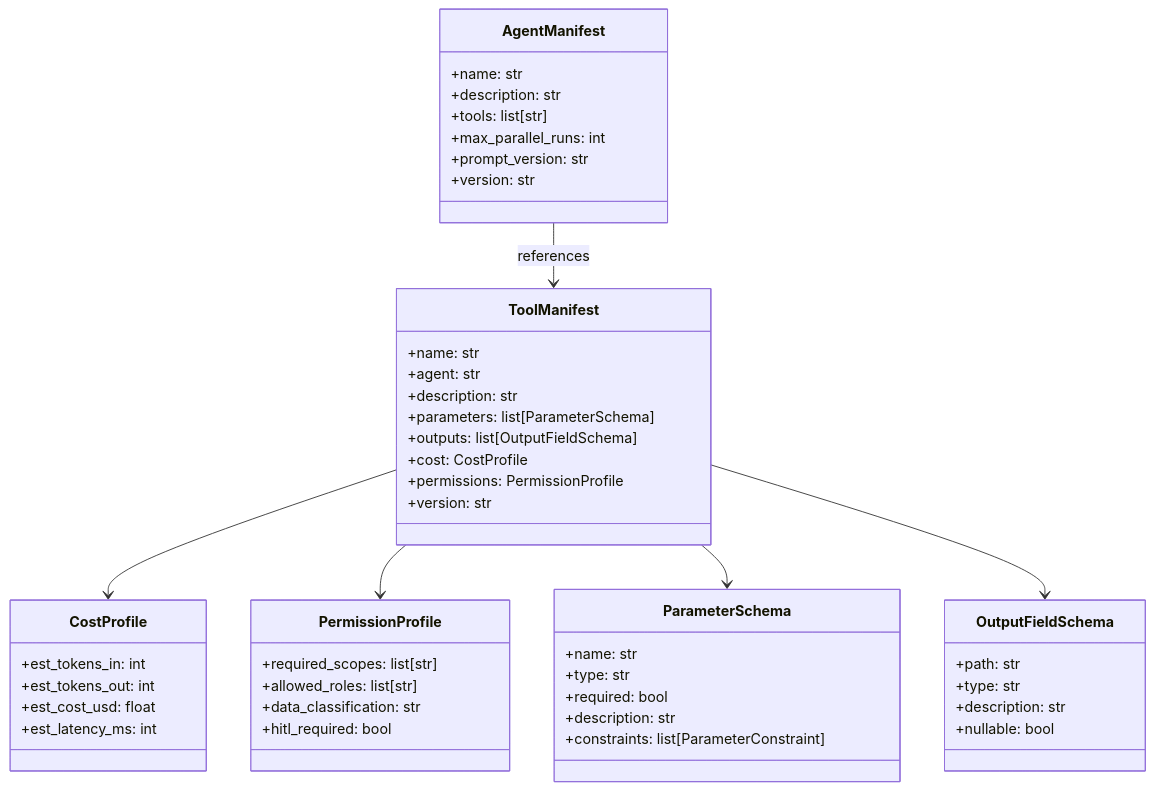
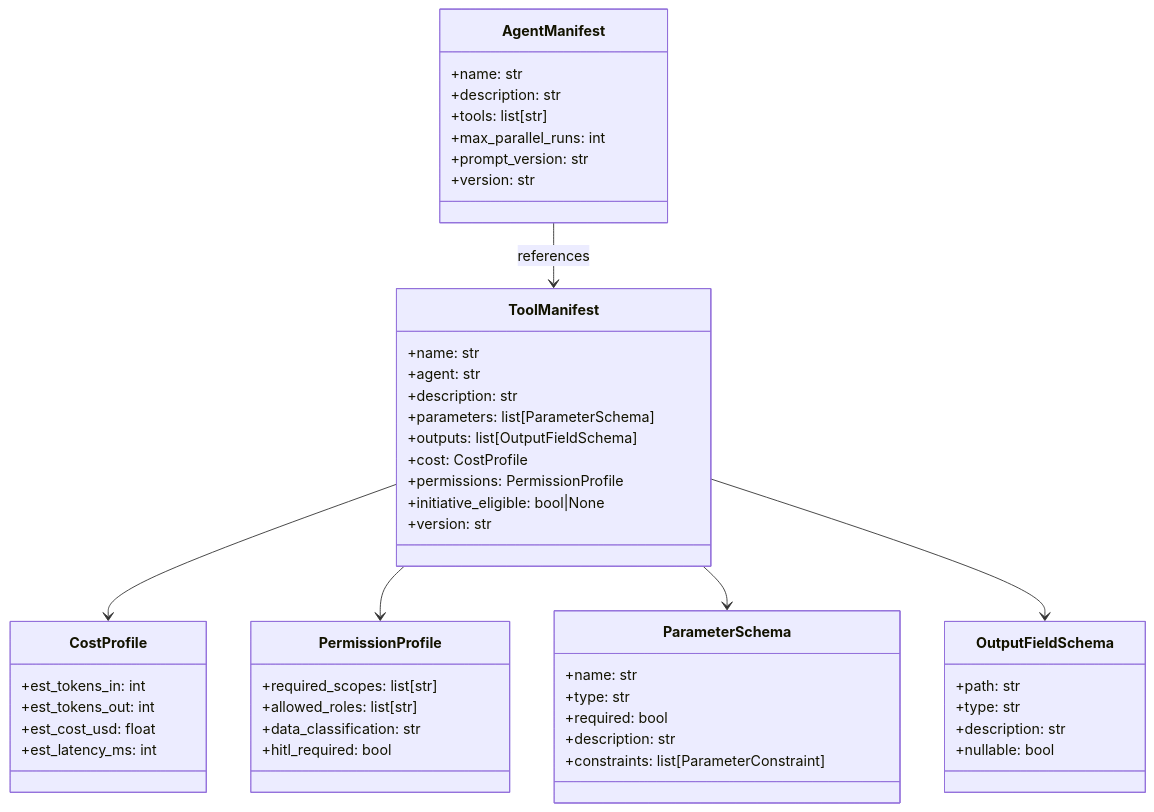
One commit to jgouviergmail/LIA-Assistant changed the first of 3 diagrams in docs/technical/AGENT_MANIFEST.md. Above: the diagram before and after it, drawn with Mermaid. The commit also changed other lines of this file and 145 other files, not shown here.

````diff
--- a/docs/technical/AGENT_MANIFEST.md
+++ b/docs/technical/AGENT_MANIFEST.md
@@ -50,57 +50,58 @@
 ```mermaid
 classDiagram
     class ToolManifest {
         +name: str
         +agent: str
         +description: str
         +parameters: list[ParameterSchema]
         +outputs: list[OutputFieldSchema]
         +cost: CostProfile
         +permissions: PermissionProfile
+        +initiative_eligible: bool|None
         +version: str
     }
 
     class AgentManifest {
         +name: str
         +description: str
         +tools: list[str]
         +max_parallel_runs: int
         +prompt_version: str
         +version: str
     }
 
     class CostProfile {
         +est_tokens_in: int
         +est_tokens_out: int
         +est_cost_usd: float
         +est_latency_ms: int
     }
 
     class PermissionProfile {
         +required_scopes: list[str]
         +allowed_roles: list[str]
         +data_classification: str
         +hitl_required: bool
     }
 
     class ParameterSchema {
         +name: str
         +type: str
         +required: bool
         +description: str
         +constraints: list[ParameterConstraint]
     }
 
     class OutputFieldSchema {
         +path: str
         +type: str
         +description: str
         +nullable: bool
     }
 
     ToolManifest --> CostProfile
     ToolManifest --> PermissionProfile
     ToolManifest --> ParameterSchema
     ToolManifest --> OutputFieldSchema
     AgentManifest --> ToolManifest : references
 ```
````
